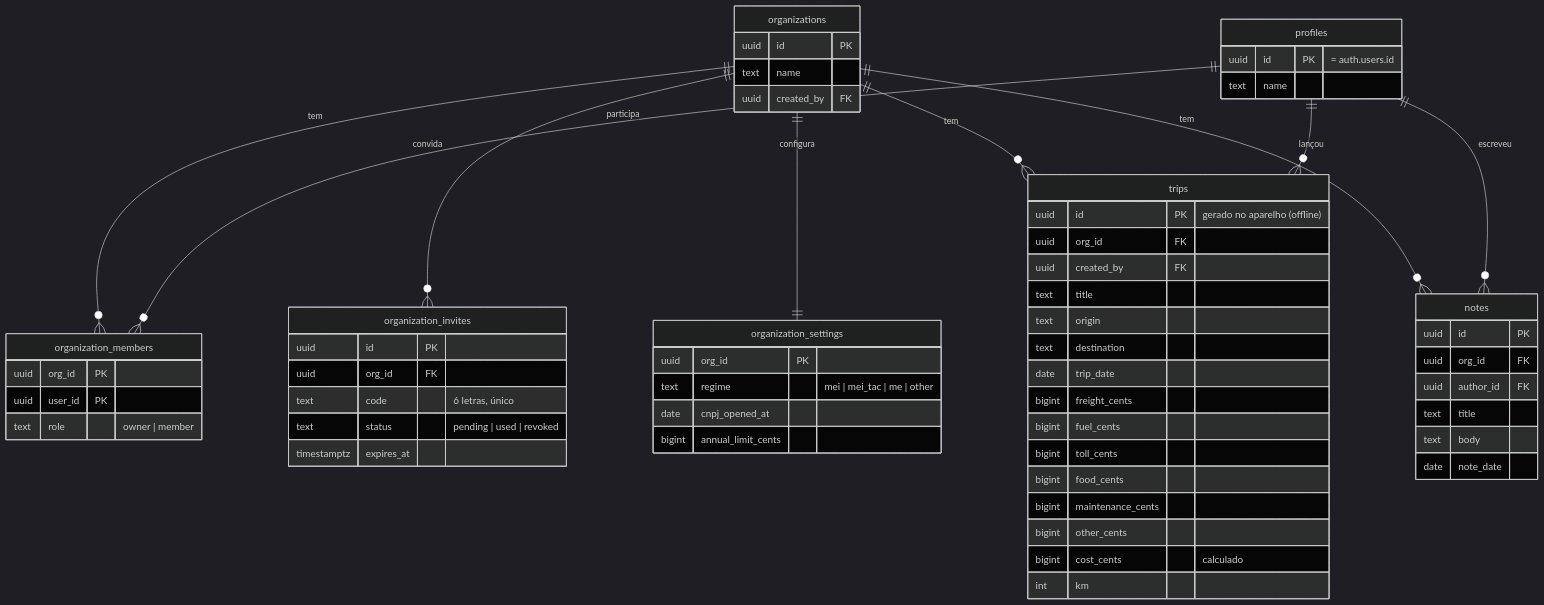
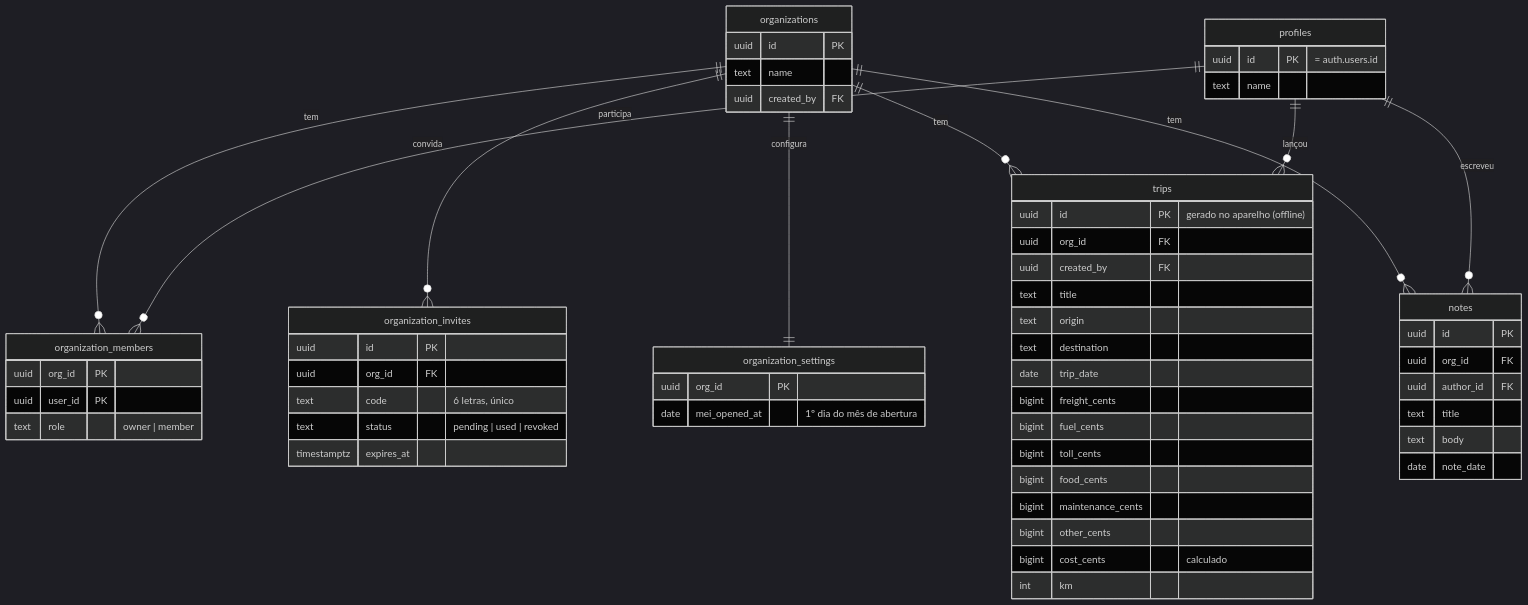
The second of 2 diagrams in docs/requisitos-e-arquitetura.md (Nick-Yanase/rodata), drawn with Mermaid (dark theme) before and after one commit. The commit also changed other lines of this file and 14 other files, not shown here.

First line of the commit message:
feat: foco no MEI Caminhoneiro (teto fixo) e mês de abertura

````diff
--- a/docs/requisitos-e-arquitetura.md
+++ b/docs/requisitos-e-arquitetura.md
@@ -248,64 +247,62 @@
 ```mermaid
 erDiagram
   organizations ||--o{ organization_members : "tem"
   profiles ||--o{ organization_members : "participa"
   organizations ||--o{ organization_invites : "convida"
   organizations ||--|| organization_settings : "configura"
   organizations ||--o{ trips : "tem"
   organizations ||--o{ notes : "tem"
   profiles ||--o{ trips : "lançou"
   profiles ||--o{ notes : "escreveu"
 
   profiles {
     uuid id PK "= auth.users.id"
     text name
   }
   organizations {
     uuid id PK
     text name
     uuid created_by FK
   }
   organization_members {
     uuid org_id PK
     uuid user_id PK
     text role "owner | member"
   }
   organization_invites {
     uuid id PK
     uuid org_id FK
     text code "6 letras, único"
     text status "pending | used | revoked"
     timestamptz expires_at
   }
   organization_settings {
     uuid org_id PK
-    text regime "mei | mei_tac | me | other"
-    date cnpj_opened_at
-    bigint annual_limit_cents
+    date mei_opened_at "1º dia do mês de abertura"
   }
   trips {
     uuid id PK "gerado no aparelho (offline)"
     uuid org_id FK
     uuid created_by FK
     text title
     text origin
     text destination
     date trip_date
     bigint freight_cents
     bigint fuel_cents
     bigint toll_cents
     bigint food_cents
     bigint maintenance_cents
     bigint other_cents
     bigint cost_cents "calculado"
     int km
   }
   notes {
     uuid id PK
     uuid org_id FK
     uuid author_id FK
     text title
     text body
     date note_date
   }
 ```
````
